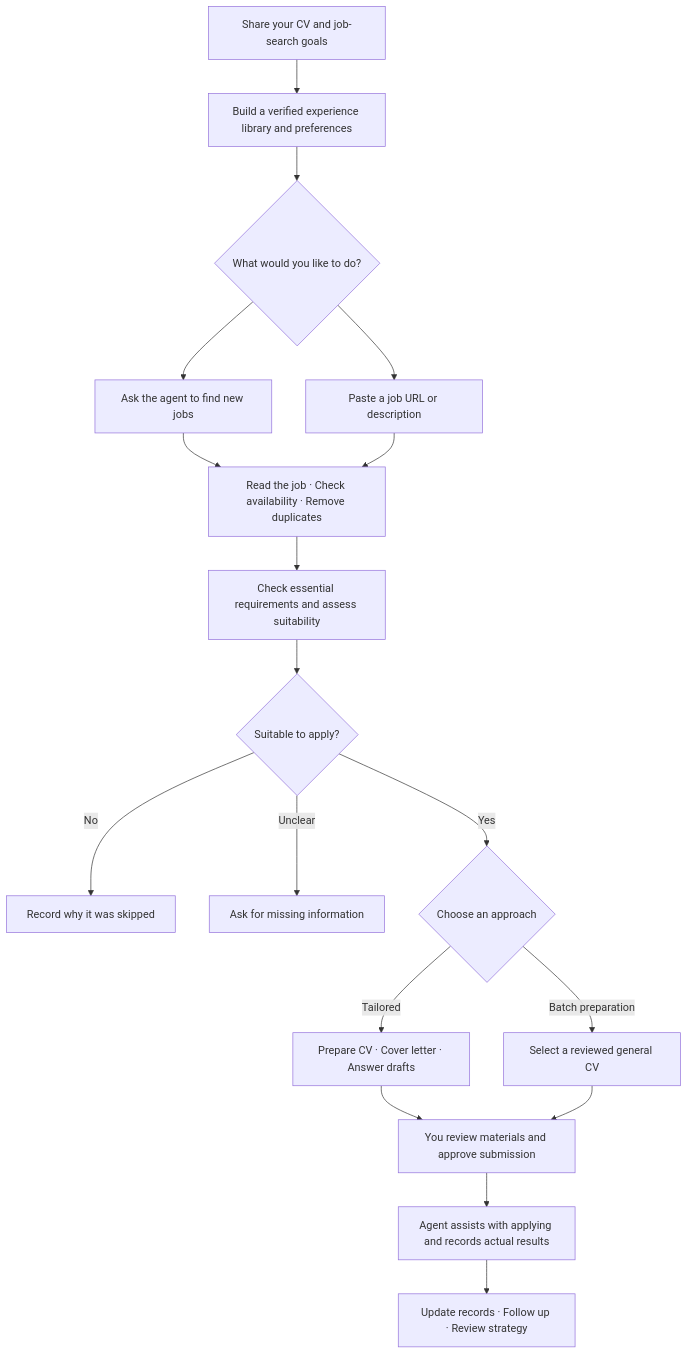
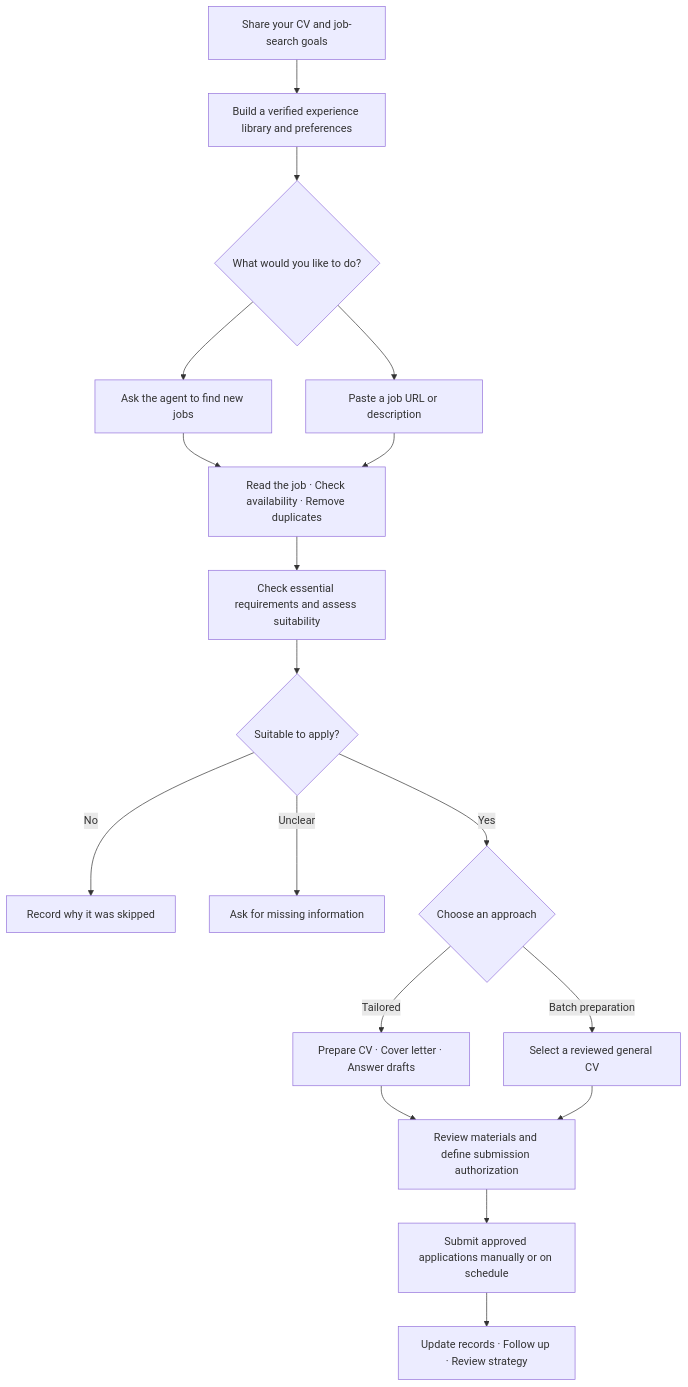
One commit to ziyuan-404/Useless-LinkedIn changed the diagram in README.en.md. Above: the diagram before and after it, drawn with Mermaid. The commit also changed other lines of this file and 1 other file, not shown here.

Commit message:
docs: explain scheduled job-search and approved application automation

````diff
--- a/README.en.md
+++ b/README.en.md
@@ -45,20 +45,20 @@
 ```mermaid
 flowchart TD
     A[Share your CV and job-search goals] --> B[Build a verified experience library and preferences]
     B --> C{What would you like to do?}
     C --> D[Ask the agent to find new jobs]
     C --> E[Paste a job URL or description]
     D --> F[Read the job · Check availability · Remove duplicates]
     E --> F
     F --> G[Check essential requirements and assess suitability]
     G --> H{Suitable to apply?}
     H -->|No| I[Record why it was skipped]
     H -->|Unclear| J[Ask for missing information]
     H -->|Yes| K{Choose an approach}
     K -->|Tailored| L[Prepare CV · Cover letter · Answer drafts]
     K -->|Batch preparation| M[Select a reviewed general CV]
-    L --> N[You review materials and approve submission]
+    L --> N[Review materials and define submission authorization]
     M --> N
-    N --> O[Agent assists with applying and records actual results]
+    N --> O[Submit approved applications manually or on schedule]
     O --> P[Update records · Follow up · Review strategy]
 ```
````
